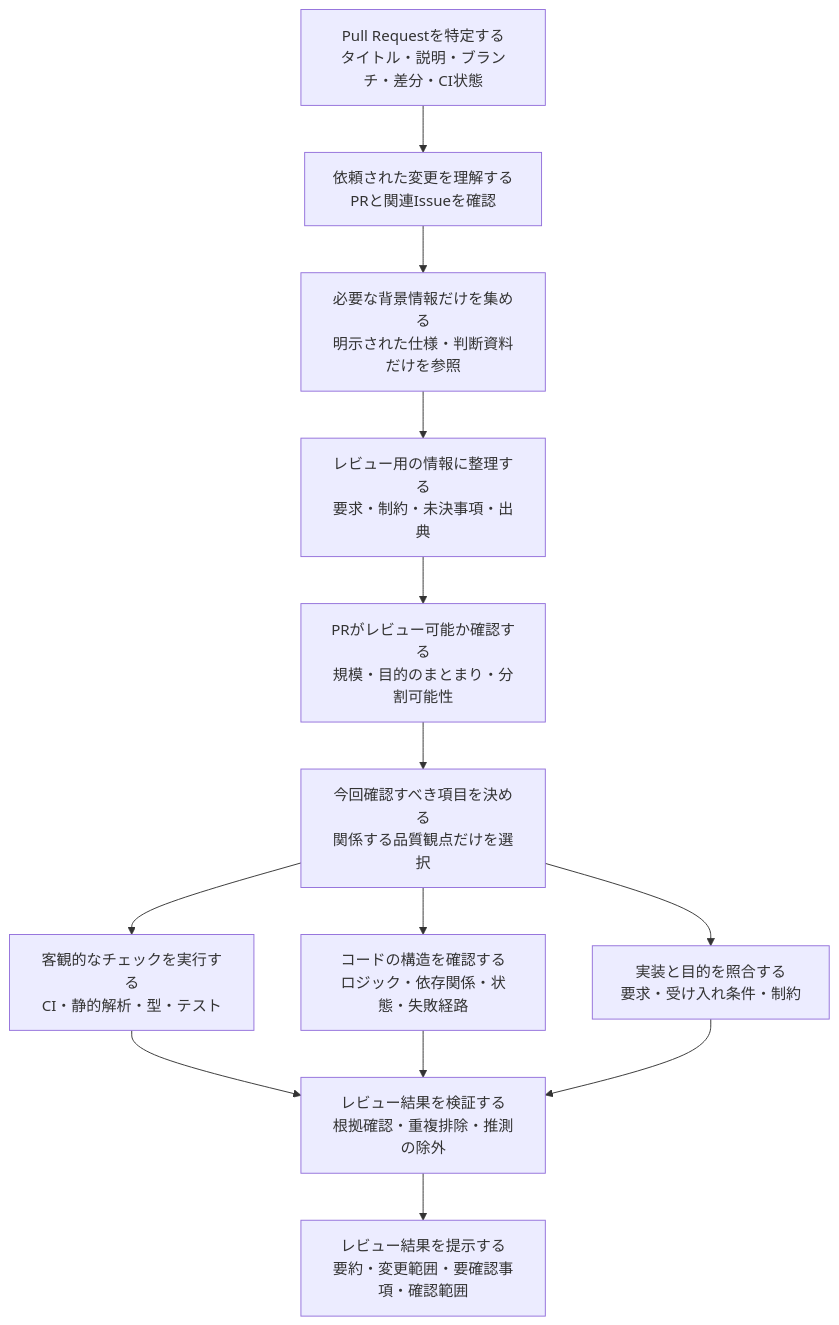
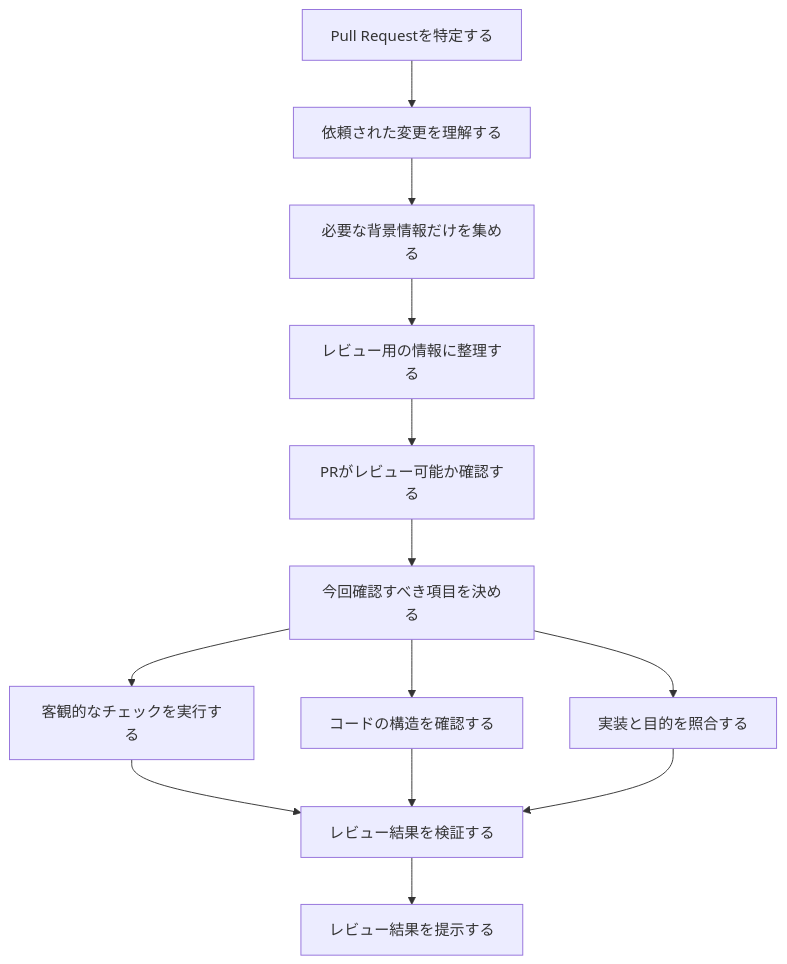
One commit to takuto-san/review changed the second of 2 diagrams in README.ja.md. Above: the diagram before and after it, drawn with Mermaid. The commit also changed other lines of this file and 2 other files, not shown here.

Commit message:
docs: simplify review workflow diagrams

````diff
--- a/README.ja.md
+++ b/README.ja.md
@@ -45,17 +45,17 @@
 ```mermaid
 flowchart TD
-    A[Pull Requestを特定する<br/>タイトル・説明・ブランチ・差分・CI状態] --> B[依頼された変更を理解する<br/>PRと関連Issueを確認]
-    B --> C[必要な背景情報だけを集める<br/>明示された仕様・判断資料だけを参照]
-    C --> D[レビュー用の情報に整理する<br/>要求・制約・未決事項・出典]
-    D --> E[PRがレビュー可能か確認する<br/>規模・目的のまとまり・分割可能性]
-    E --> F[今回確認すべき項目を決める<br/>関係する品質観点だけを選択]
+    A[Pull Requestを特定する] --> B[依頼された変更を理解する]
+    B --> C[必要な背景情報だけを集める]
+    C --> D[レビュー用の情報に整理する]
+    D --> E[PRがレビュー可能か確認する]
+    E --> F[今回確認すべき項目を決める]
 
-    F --> G1[客観的なチェックを実行する<br/>CI・静的解析・型・テスト]
-    F --> G2[コードの構造を確認する<br/>ロジック・依存関係・状態・失敗経路]
-    F --> G3[実装と目的を照合する<br/>要求・受け入れ条件・制約]
+    F --> G1[客観的なチェックを実行する]
+    F --> G2[コードの構造を確認する]
+    F --> G3[実装と目的を照合する]
 
-    G1 --> H[レビュー結果を検証する<br/>根拠確認・重複排除・推測の除外]
+    G1 --> H[レビュー結果を検証する]
     G2 --> H
     G3 --> H
-    H --> I[レビュー結果を提示する<br/>要約・変更範囲・要確認事項・確認範囲]
+    H --> I[レビュー結果を提示する]
 ```
````
